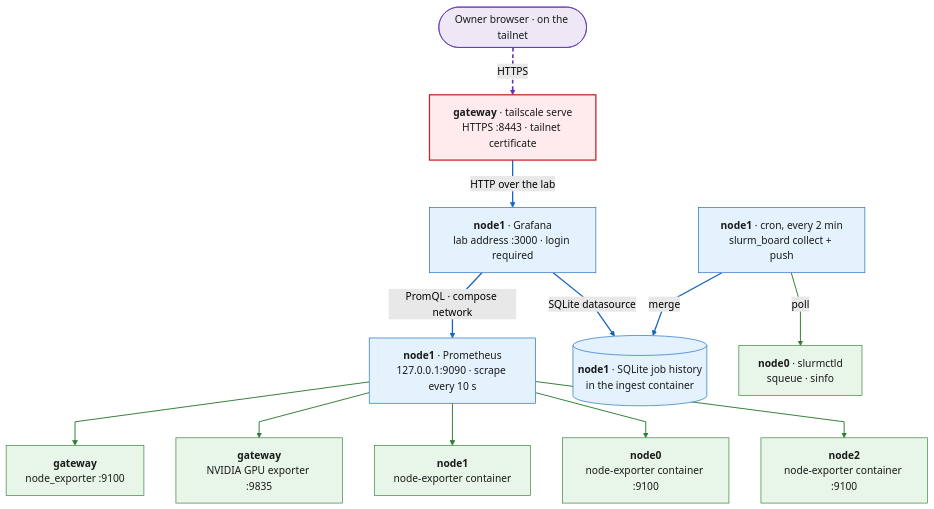
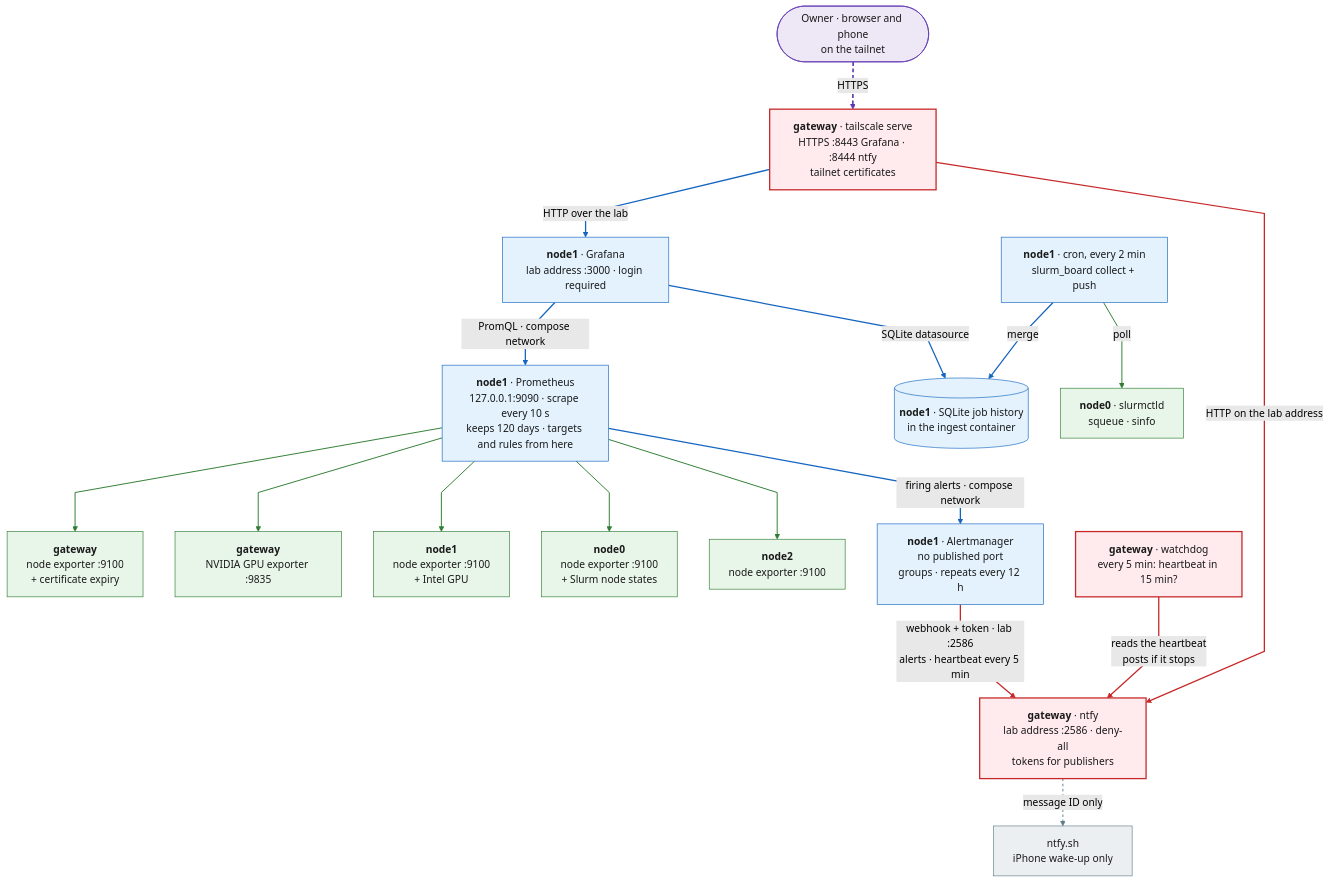
The fourth of 4 diagrams in docs/architecture.md (RyanMoore-phys/homelab-infra), drawn with Mermaid (forest theme) before and after one commit. The commit also changed other lines of this file and 41 other files, not shown here.

Commit message:
Added phone nfty alerting, tested backwards and forwards. Dockerized and centralized the node info exporter across all four machines

````diff
--- a/docs/architecture.md
+++ b/docs/architecture.md
@@ -191,40 +193,53 @@
 ```mermaid
 flowchart TB
-    owner(["Owner browser · on the tailnet"])
-    serve["<b>gateway</b> · tailscale serve<br/>HTTPS :8443 · tailnet certificate"]
+    owner(["Owner · browser and phone<br/>on the tailnet"])
+    serve["<b>gateway</b> · tailscale serve<br/>HTTPS :8443 Grafana · :8444 ntfy<br/>tailnet certificates"]
     graf["<b>node1</b> · Grafana<br/>lab address :3000 · login required"]
-    prom["<b>node1</b> · Prometheus<br/>127.0.0.1:9090 · scrape every 10 s"]
+    prom["<b>node1</b> · Prometheus<br/>127.0.0.1:9090 · scrape every 10 s<br/>keeps 120 days · targets and rules from here"]
     db[("<b>node1</b> · SQLite job history<br/>in the ingest container")]
     cron["<b>node1</b> · cron, every 2 min<br/>slurm_board collect + push"]
     ctld["<b>node0</b> · slurmctld<br/>squeue · sinfo"]
-    ne_gw["<b>gateway</b><br/>node_exporter :9100"]
+    ne_gw["<b>gateway</b><br/>node exporter :9100<br/>+ certificate expiry"]
     gpu["<b>gateway</b><br/>NVIDIA GPU exporter :9835"]
-    ne1["<b>node1</b><br/>node-exporter container"]
-    ne0["<b>node0</b><br/>node-exporter container :9100"]
-    ne2["<b>node2</b><br/>node-exporter container :9100"]
+    ne1["<b>node1</b><br/>node exporter :9100<br/>+ Intel GPU"]
+    ne0["<b>node0</b><br/>node exporter :9100<br/>+ Slurm node states"]
+    ne2["<b>node2</b><br/>node exporter :9100"]
+    am["<b>node1</b> · Alertmanager<br/>no published port<br/>groups · repeats every 12 h"]
+    ntfy["<b>gateway</b> · ntfy<br/>lab address :2586 · deny-all<br/>tokens for publishers"]
+    wd["<b>gateway</b> · watchdog<br/>every 5 min: heartbeat in 15 min?"]
+    up["ntfy.sh<br/>iPhone wake-up only"]
 
     owner -->|"HTTPS"| serve
     serve -->|"HTTP over the lab"| graf
     graf -->|"PromQL · compose network"| prom
     graf -->|"SQLite datasource"| db
     prom --> ne_gw
     prom --> gpu
     prom --> ne1
     prom --> ne0
     prom --> ne2
     cron -->|"merge"| db
     cron -->|"poll"| ctld
+    prom -->|"firing alerts · compose network"| am
+    am -->|"webhook + token · lab :2586<br/>alerts · heartbeat every 5 min"| ntfy
+    wd -->|"reads the heartbeat<br/>posts if it stops"| ntfy
+    serve -->|"HTTP on the lab address"| ntfy
+    ntfy -.->|"message ID only"| up
 
     classDef gw fill:#ffebee,stroke:#c62828,stroke-width:2px,color:#1a1a1a
     classDef svc fill:#e3f2fd,stroke:#1565c0,color:#1a1a1a
     classDef target fill:#e8f5e9,stroke:#2e7d32,color:#1a1a1a
     classDef actor fill:#ede7f6,stroke:#5e35b1,color:#1a1a1a
-    class serve gw
-    class graf,prom,db,cron svc
+    classDef ext fill:#eceff1,stroke:#607d8b,color:#1a1a1a
+    class serve,ntfy,wd gw
+    class graf,prom,db,cron,am svc
     class ne_gw,gpu,ne1,ne0,ne2,ctld target
     class owner actor
+    class up ext
     linkStyle default interpolate linear
     linkStyle 0 stroke:#5e35b1,stroke-width:2.5px,stroke-dasharray:6 4
-    linkStyle 1,2,3,9 stroke:#1565c0,stroke-width:2px
+    linkStyle 1,2,3,9,11 stroke:#1565c0,stroke-width:2px
     linkStyle 4,5,6,7,8,10 stroke:#2e7d32,stroke-width:1.5px
+    linkStyle 12,13,14 stroke:#c62828,stroke-width:2px
+    linkStyle 15 stroke:#607d8b,stroke-width:1.5px,stroke-dasharray:4 4
 ```
````
